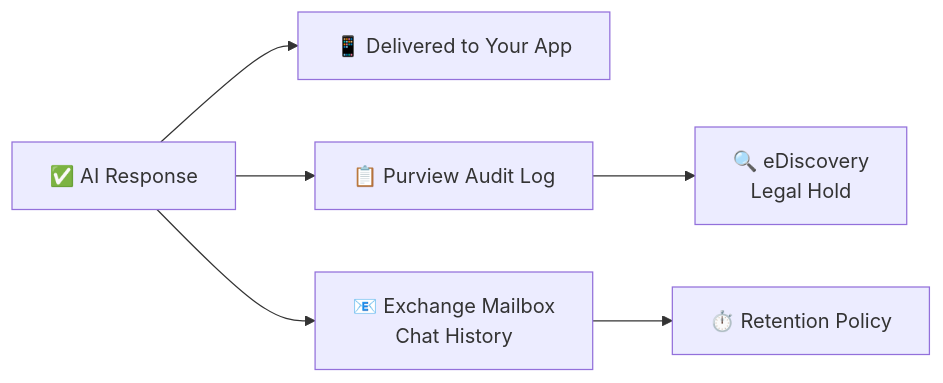
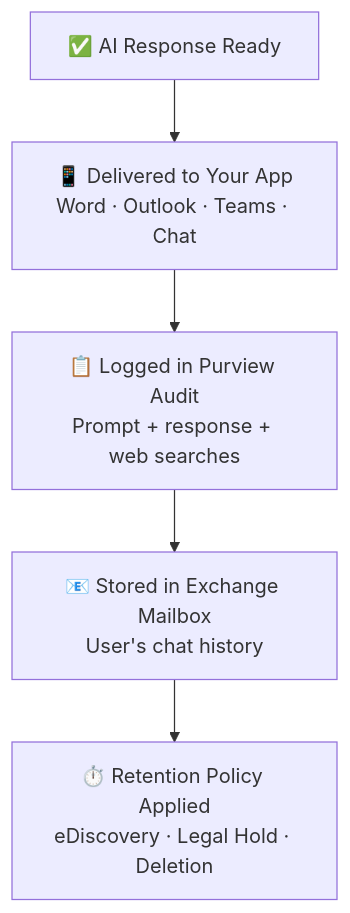
The seventh of 8 diagrams in content/blog/how-microsoft-365-copilot-works-layer-by-layer.md (susanthgit/aguidetocloud-revamp), drawn with Mermaid before and after one commit. The commit also changed other lines of this file, not shown here.

First line of the commit message:
improve: SME review — fix Mermaid diagrams + add TL;DR + misconceptions

````diff
--- a/content/blog/how-microsoft-365-copilot-works-layer-by-layer.md
+++ b/content/blog/how-microsoft-365-copilot-works-layer-by-layer.md
@@ -391,8 +405,7 @@
 ```mermaid
-flowchart LR
-    A["✅ AI Response"] --> B["📱 Delivered to Your App"]
-    A --> C["📋 Purview Audit Log"]
-    A --> D["📧 Exchange Mailbox<br/>Chat History"]
-    C --> E["🔍 eDiscovery<br/>Legal Hold"]
-    D --> F["⏱️ Retention Policy"]
+flowchart TD
+    A["✅ AI Response Ready"] --> B["📱 Delivered to Your App<br/>Word · Outlook · Teams · Chat"]
+    B --> C["📋 Logged in Purview Audit<br/>Prompt + response + web searches"]
+    C --> D["📧 Stored in Exchange Mailbox<br/>User's chat history"]
+    D --> E["⏱️ Retention Policy Applied<br/>eDiscovery · Legal Hold · Deletion"]
 ```
````
